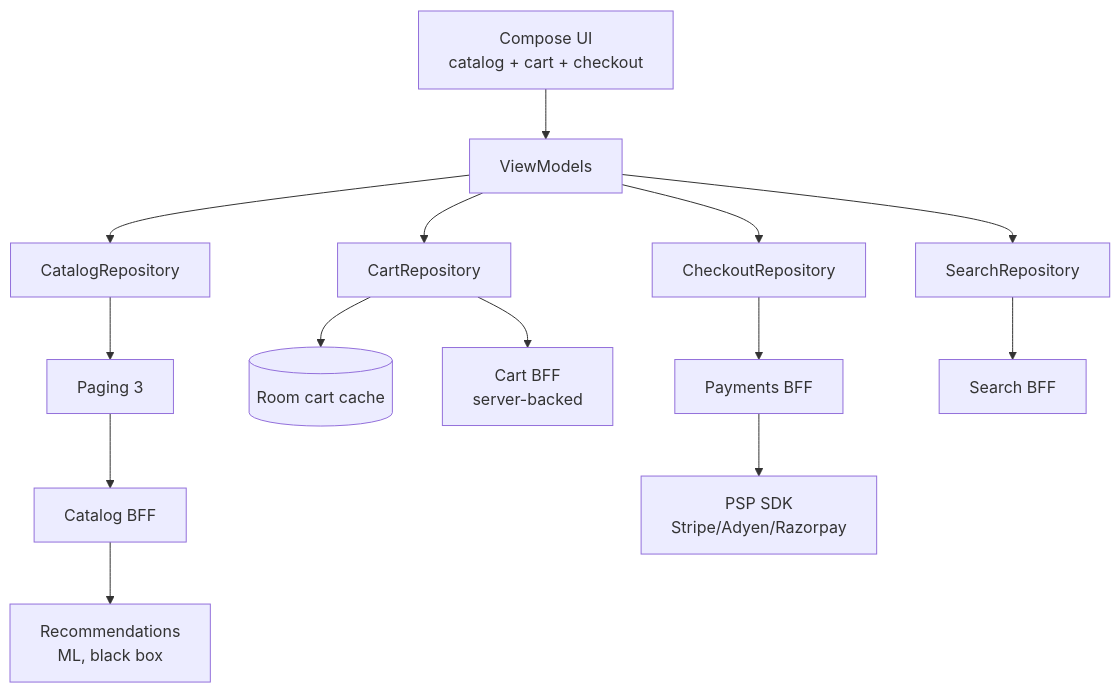
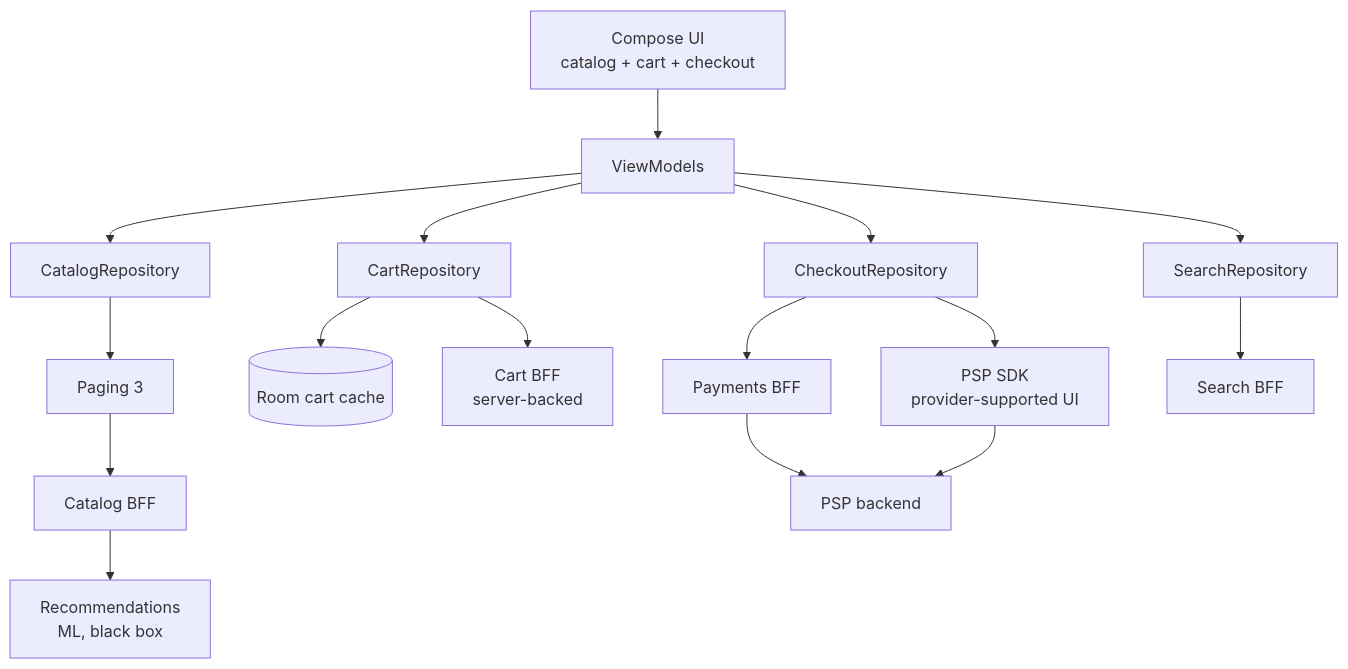
The first of 3 diagrams in reference-architectures/e-commerce-app.md (swarnsingh/android-staff-engineer-playbook-website), drawn with Mermaid before and after one commit. The commit also changed other lines of this file and 37 other files, not shown here.

Commit message:
Add the reviewed Reference Architectures chapters to the website

````diff
--- a/reference-architectures/e-commerce-app.md
+++ b/reference-architectures/e-commerce-app.md
@@ -35,16 +39,18 @@
 ```mermaid
 flowchart TB
     UI["Compose UI<br/>catalog + cart + checkout"] --> VM[ViewModels]
     VM --> CatalogRepo[CatalogRepository]
     VM --> CartRepo[CartRepository]
     VM --> CheckoutRepo[CheckoutRepository]
     VM --> SearchRepo[SearchRepository]
     CatalogRepo --> Pager[Paging 3]
     Pager --> CatalogApi[Catalog BFF]
     CartRepo --> CartRoom[(Room cart cache)]
     CartRepo --> CartApi["Cart BFF<br/>server-backed"]
     CheckoutRepo --> PaymentApi[Payments BFF]
-    PaymentApi --> PSP["PSP SDK<br/>Stripe/Adyen/Razorpay"]
+    CheckoutRepo --> PSP["PSP SDK<br/>provider-supported UI"]
+    PaymentApi --> Provider[PSP backend]
+    PSP --> Provider
     SearchRepo --> SearchApi[Search BFF]
     CatalogApi --> Recommend["Recommendations<br/>ML, black box"]
 ```
````
